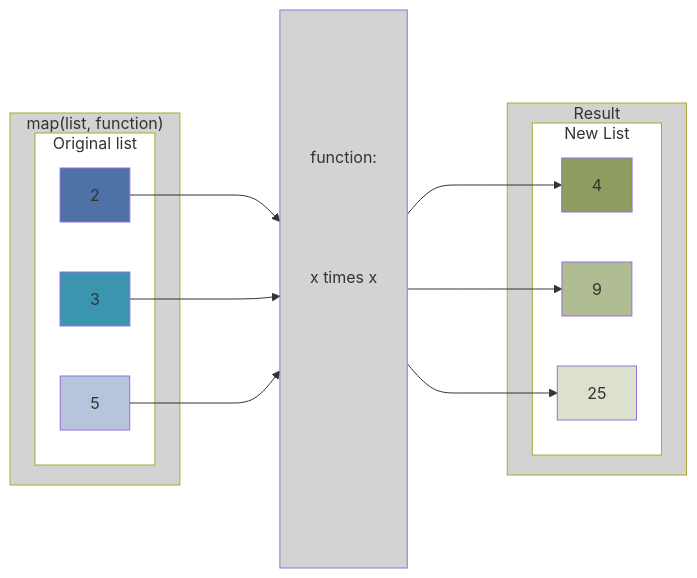
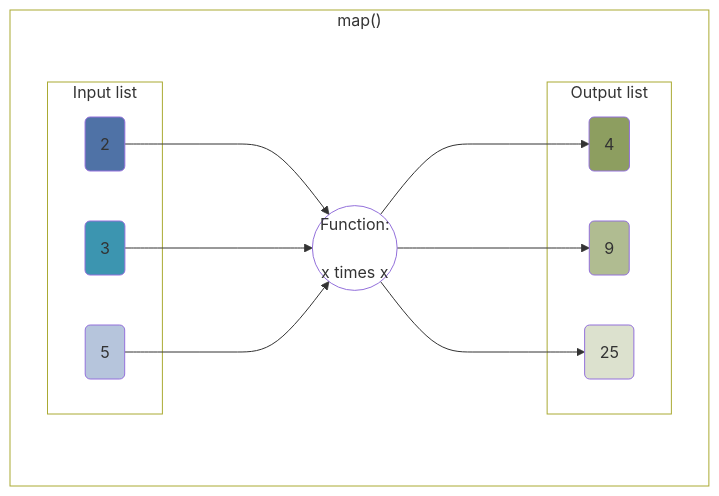
One commit to seedcase-project/community changed the diagram in learn/shorts/functional-programming-theory.qmd. Above: the diagram before and after it, drawn with Mermaid. The commit also changed other lines of this file, not shown here.

Commit message:
style: :lipstick: stylistic fixes to the Mermaid diagram

````diff
--- a/learn/shorts/functional-programming-theory.qmd
+++ b/learn/shorts/functional-programming-theory.qmd
@@ -201,53 +201,43 @@
 ```{mermaid}
 %%{init: {"flowchart": {"htmlLabels": false}} }%%
-flowchart LR
+flowchart TB
+    D(("Function:<br><br>x times x"))
+    Two(2)
+    Three(3)
+    Five(5)
+    Twos(4)
+    Threes(9)
+    Fives(25)
 
-D["`<br><br><br><br><br>function: 
-<br><br><br>
-x times x<br><br>
-<br>
-<br>
-<br><br><br><br><br>`"]
-Two[2]
-Three[3]
-Five[5]
-Twos[4]
-Threes[9]
-Fives[25]
+    subgraph map ["map()"]
+        subgraph input [Input list]
+            Two
+            Three
+            Five
+        end
 
-    Two ---> D
-    Three ---> D
-    Five ---> D
-    D ---> Twos
-    D ---> Threes
-    D ---> Fives
+        Two ---> D
+        Three ---> D
+        Five ---> D
+        D ---> Twos
+        D ---> Threes
+        D ---> Fives
 
-    subgraph map ["map(list, function)"]
-
-    subgraph orig [Original list]
-    Two
-    Three
-    Five
-    end
+        subgraph output [Output list]
+            Twos
+            Threes
+            Fives
+        end
     end
 
-    subgraph result[Result]
-    subgraph new [New List]
-    Twos
-    Threes
-    Fives
-    end
-    end
-
-style map fill:lightgrey
-style result fill:lightgrey
-style D fill:lightgrey
-style orig fill:white
-style new fill:white
+style map fill:transparent
+style input fill:transparent
+style output fill:transparent
+style D fill:transparent
 style Two fill:#4f72a6
 style Three fill:#3c95b0
 style Five fill:#b6c5dc
 style Twos fill:#8d9e60
 style Threes fill:#b0bc91
 style Fives fill:#dce1ce
 ```
````
